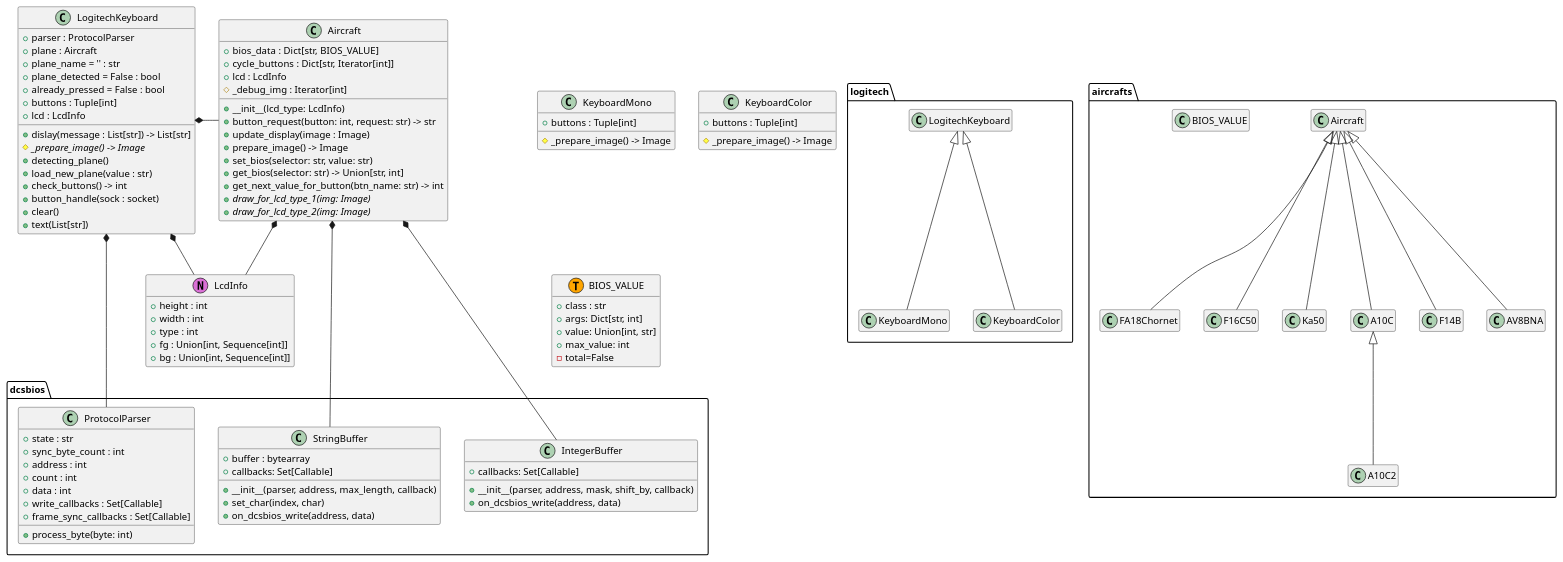
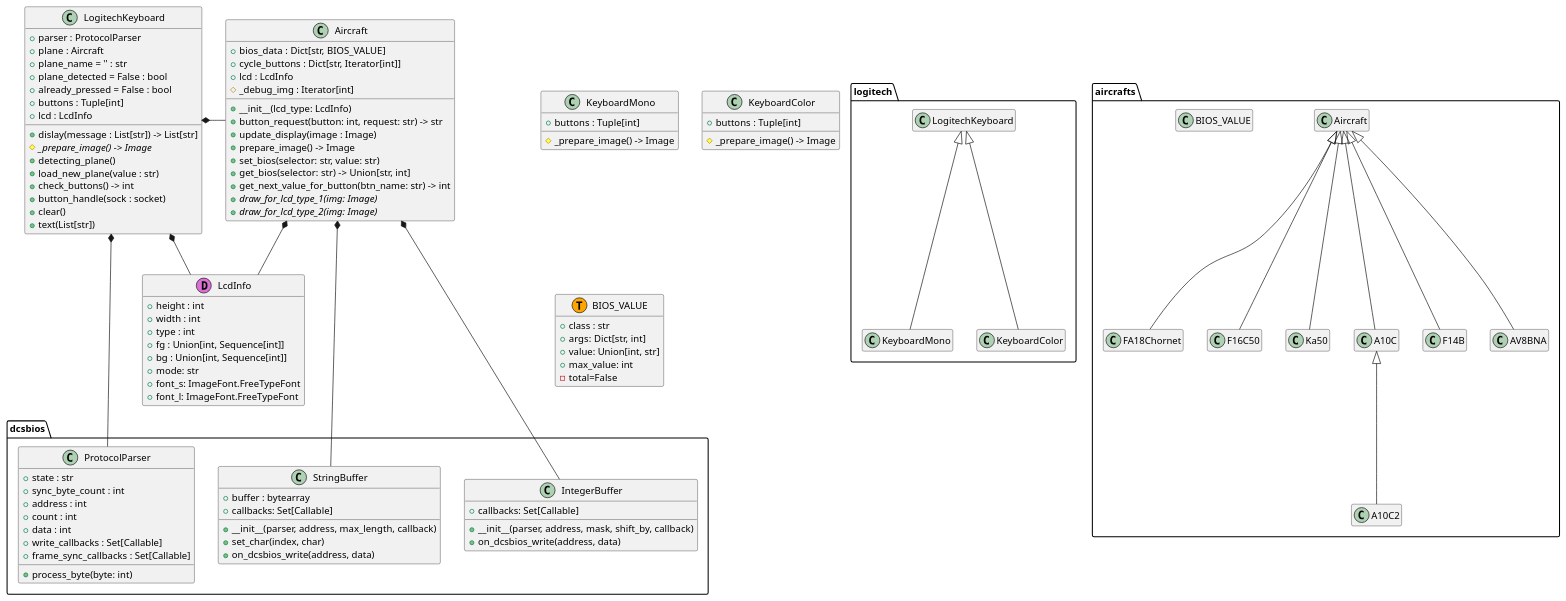
Before and after one commit to emcek/dcspy: the diagram in uml/classes.puml, drawn with PlantUML.

Commit message:
update UML form LcdInfo dataclass

```diff
--- a/uml/classes.puml
+++ b/uml/classes.puml
@@ -1,114 +1,117 @@
 @startuml
 hide empty members
 
 package dcsbios {
     class ProtocolParser {
         + state : str
         + sync_byte_count : int
         + address : int
         + count : int
         + data : int
         + write_callbacks : Set[Callable]
         + frame_sync_callbacks : Set[Callable]
         + process_byte(byte: int)
     }
 
     class StringBuffer {
         + buffer : bytearray
         + callbacks: Set[Callable]
         + __init__(parser, address, max_length, callback)
         + set_char(index, char)
         + on_dcsbios_write(address, data)
     }
 
     class IntegerBuffer {
         + callbacks: Set[Callable]
         + __init__(parser, address, mask, shift_by, callback)
         + on_dcsbios_write(address, data)
     }
 }
 
 package logitech {
     LogitechKeyboard <|-- KeyboardMono
     LogitechKeyboard <|-- KeyboardColor
 }
 
 class LogitechKeyboard {
     + parser : ProtocolParser
     + plane : Aircraft
     + plane_name = '' : str
     + plane_detected = False : bool
     + already_pressed = False : bool
     + buttons : Tuple[int]
     + lcd : LcdInfo
     + dislay(message : List[str]) -> List[str]
     # {abstract} _prepare_image() -> Image
     + detecting_plane()
     + load_new_plane(value : str)
     + check_buttons() -> int
     + button_handle(sock : socket)
     + clear()
     + text(List[str])
 }
 
 class KeyboardMono {
     + buttons : Tuple[int]
     # _prepare_image() -> Image
 }
 
 class KeyboardColor {
     + buttons : Tuple[int]
     # _prepare_image() -> Image
 }
 
 
 package aircrafts {
   Aircraft <|-- FA18Chornet
   Aircraft <|-- F16C50
   Aircraft <|-- Ka50
   Aircraft <|-- A10C
   A10C <|-- A10C2
   Aircraft <|-- F14B
   Aircraft <|-- AV8BNA
   class BIOS_VALUE
 }
 
 class Aircraft {
     + bios_data : Dict[str, BIOS_VALUE]
     + cycle_buttons : Dict[str, Iterator[int]]
     + lcd : LcdInfo
     # _debug_img : Iterator[int]
     + __init__(lcd_type: LcdInfo)
     + button_request(button: int, request: str) -> str
     + update_display(image : Image)
     + prepare_image() -> Image
     + set_bios(selector: str, value: str)
     + get_bios(selector: str) -> Union[str, int]
     + get_next_value_for_button(btn_name: str) -> int
     + {abstract} draw_for_lcd_type_1(img: Image)
     + {abstract} draw_for_lcd_type_2(img: Image)
 }
 
 LogitechKeyboard *- Aircraft
 LogitechKeyboard *- LcdInfo
 LogitechKeyboard *--- ProtocolParser
 Aircraft *-- LcdInfo
 Aircraft *-- StringBuffer
 Aircraft *-- IntegerBuffer
 
 class BIOS_VALUE <<(T,orange)>> {
     + class : str
     + args: Dict[str, int]
     + value: Union[int, str]
     + max_value: int
     - total=False
 }
 
-class LcdInfo <<(N,orchid)>> {
+class LcdInfo <<(D,orchid)>> {
     + height : int
     + width : int
     + type : int
     + fg : Union[int, Sequence[int]]
     + bg : Union[int, Sequence[int]]
+    + mode: str
+    + font_s: ImageFont.FreeTypeFont
+    + font_l: ImageFont.FreeTypeFont
 }
 @enduml
```
